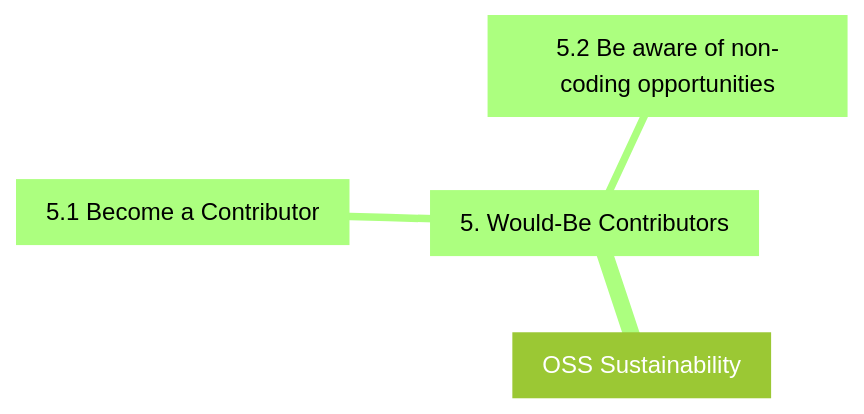
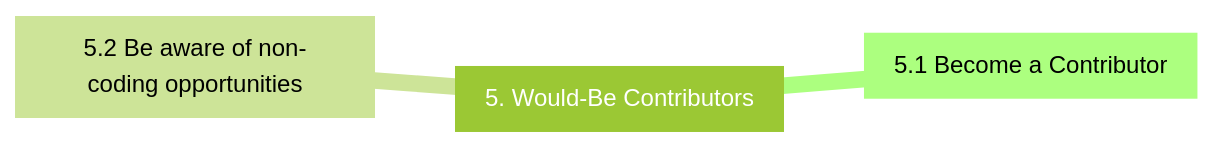
The fifth of 8 diagrams in README.md (AWiderDotNET/home), drawn with Mermaid (forest theme) before and after one commit. The commit also changed other lines of this file, not shown here.

````diff
--- a/README.md
+++ b/README.md
@@ -93,7 +89,6 @@
 ```mermaid
 mindmap
-  root[OSS Sustainability]
-    5[5. Would-Be Contributors]
-      5.1[5.1 Become a Contributor]
-      5.2[5.2 Be aware of non-coding opportunities]
+  5[5. Would-Be Contributors]
+    5.1[5.1 Become a Contributor]
+    5.2[5.2 Be aware of non-coding opportunities]
 ```
````
